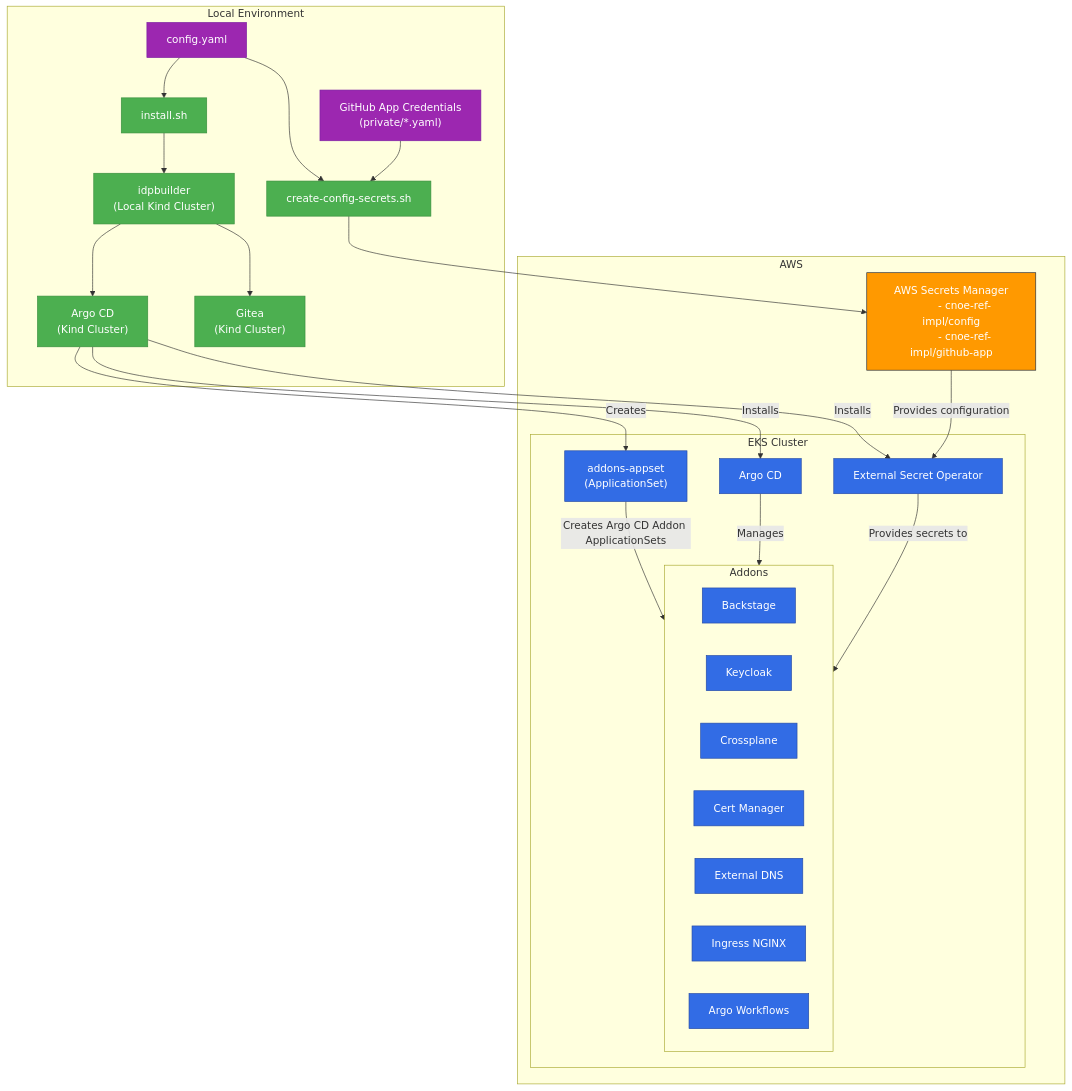
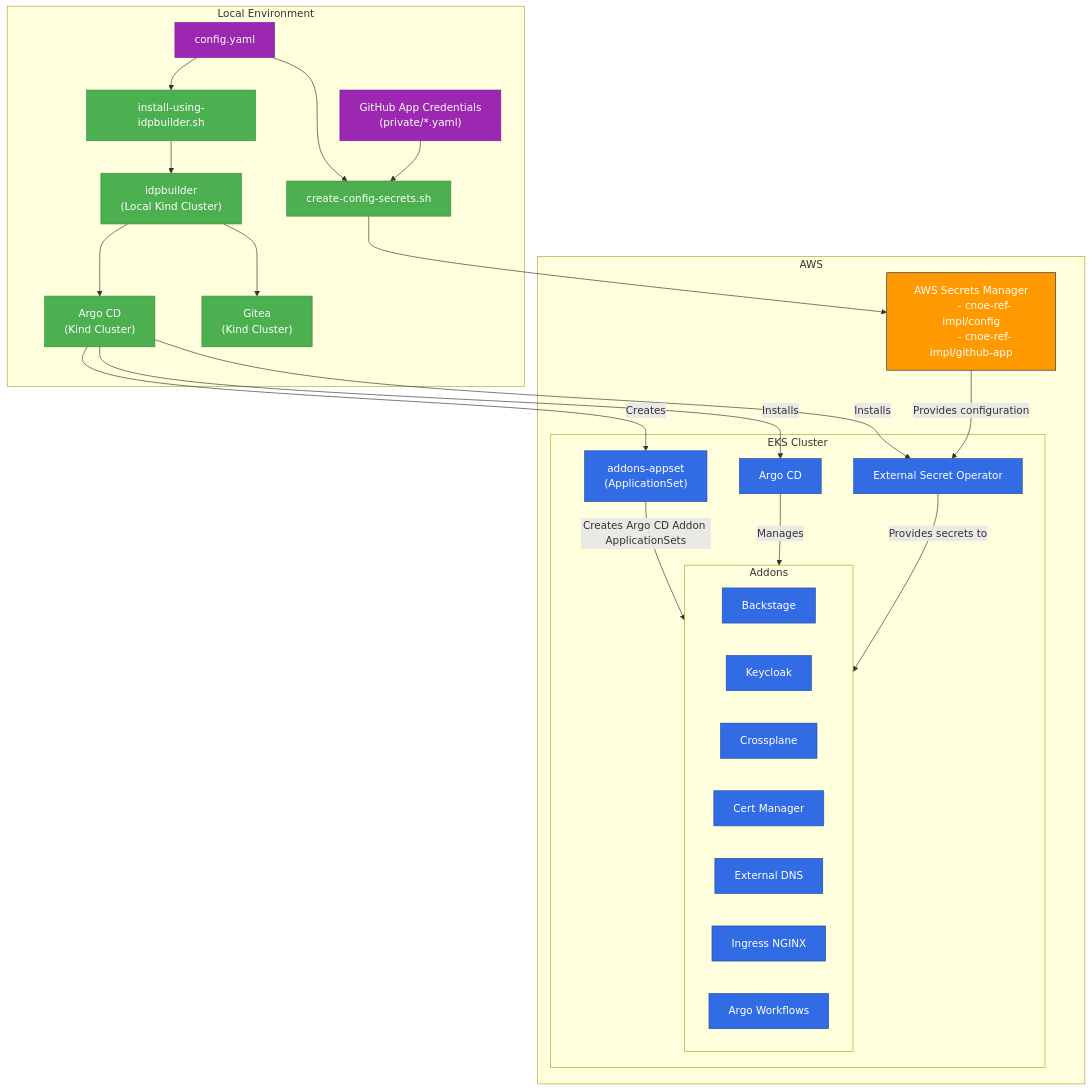
Before and after one commit to cnoe-io/reference-implementation-aws: the second of 2 diagrams in docs/installation_flow.md, drawn with Mermaid. The commit also changed other lines of this file and 1 other file, not shown here.

````diff
--- a/docs/installation_flow.md
+++ b/docs/installation_flow.md
@@ -12,70 +77,70 @@
 ```mermaid
 flowchart TD
     subgraph "Local Environment"
         config["config.yaml"]
         secrets["GitHub App Credentials
         (private/*.yaml)"]
         create_secrets["create-config-secrets.sh"]
-        install["install.sh"]
+        install["install-using-idpbuilder.sh"]
         idpbuilder["idpbuilder
         (Local Kind Cluster)"]
         local_argocd["Argo CD
         (Kind Cluster)"]
         local_gitea["Gitea
         (Kind Cluster)"]
     end
 
     subgraph "AWS"
         aws_secrets["AWS Secrets Manager
         - cnoe-ref-impl/config
         - cnoe-ref-impl/github-app"]
         
         subgraph "EKS Cluster"
             eks_argocd["Argo CD"]
             eso["External Secret Operator"]
             appset["addons-appset
             (ApplicationSet)"]
             
             subgraph "Addons"
                 backstage["Backstage"]
                 keycloak["Keycloak"]
                 crossplane["Crossplane"]
                 cert_manager["Cert Manager"]
                 external_dns["External DNS"]
                 ingress["Ingress NGINX"]
                 argo_workflows["Argo Workflows"]
             end
         end
     end
 
     config --> create_secrets
     secrets --> create_secrets
     create_secrets --> aws_secrets
     
     config --> install
     install --> idpbuilder
     
     idpbuilder --> local_argocd
     idpbuilder --> local_gitea
     
     local_argocd -- "Installs" --> eks_argocd
     local_argocd -- "Installs" --> eso
     local_argocd -- "Creates" --> appset
     
     aws_secrets -- "Provides configuration" --> eso
     
     appset -- "Creates Argo CD Addon ApplicationSets" --> Addons
     
     eks_argocd -- "Manages" --> Addons
     eso -- "Provides secrets to" --> Addons
     
     classDef aws fill:#FF9900,stroke:#232F3E,color:white;
     classDef k8s fill:#326CE5,stroke:#254AA5,color:white;
     classDef tools fill:#4CAF50,stroke:#388E3C,color:white;
     classDef config fill:#9C27B0,stroke:#7B1FA2,color:white;
     
     class aws_secrets,EKS aws;
     class eks_argocd,eso,appset,backstage,keycloak,crossplane,cert_manager,external_dns,ingress,argo_workflows k8s;
     class idpbuilder,local_argocd,local_gitea,install,create_secrets tools;
     class config,secrets config;
 ```
````
